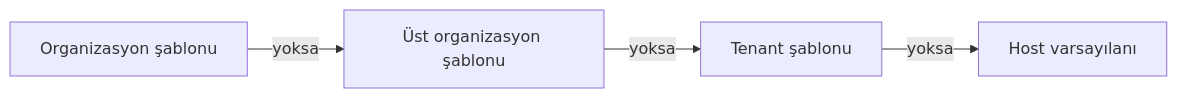
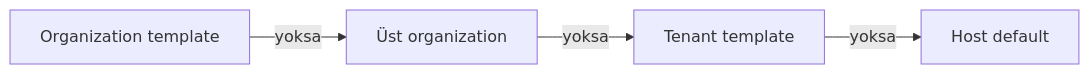
One commit to mertbyd/byd-core-extensions-api changed the sixth of 7 diagrams in README.md. Above: the diagram before and after it, drawn with Mermaid. The commit also changed other lines of this file, not shown here.

````diff
--- a/README.md
+++ b/README.md
@@ -189,6 +178,4 @@
 ```mermaid
 flowchart LR
-    O[Organizasyon şablonu] -->|yoksa| P[Üst organizasyon şablonu]
-    P -->|yoksa| T[Tenant şablonu]
-    T -->|yoksa| H[Host varsayılanı]
+    O[Organization template] -->|yoksa| P[Üst organization] -->|yoksa| T[Tenant template] -->|yoksa| H[Host default]
 ```
````
